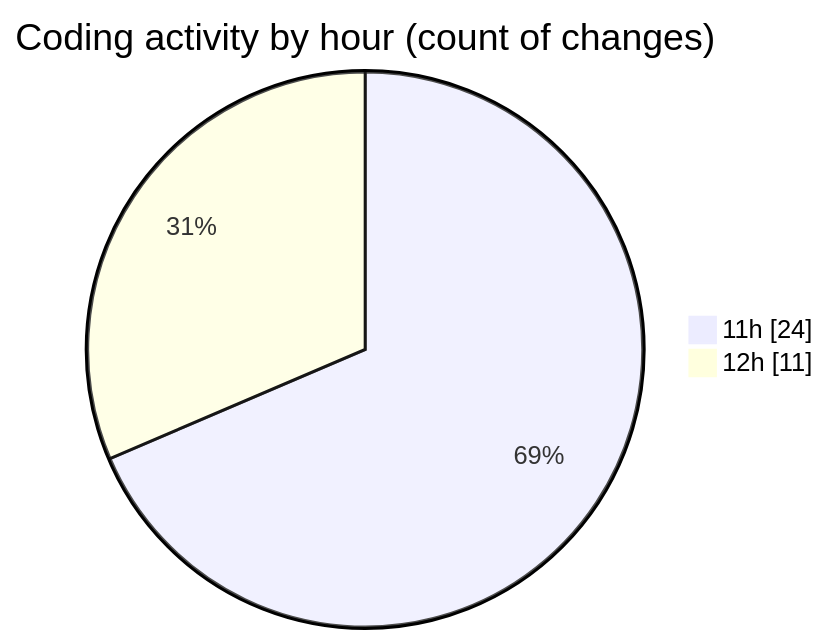
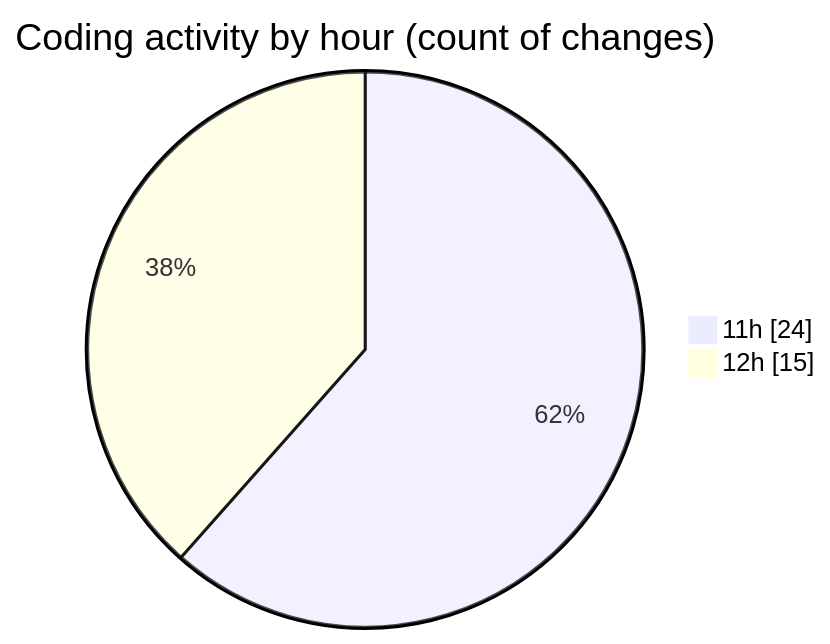
Before and after one commit to vahidmafi/code-tracking: the second of 2 diagrams in 2025-07-21/shop/README.md, drawn with Mermaid. The commit also changed other lines of this file and 1 other file, not shown here.

````diff
--- a/2025-07-21/shop/README.md
+++ b/2025-07-21/shop/README.md
@@ -32,6 +34,6 @@
 ```mermaid
 pie showData
 title Coding activity by hour (count of changes)
 "11h" : 24
-"12h" : 11
+"12h" : 15
 ```
````
